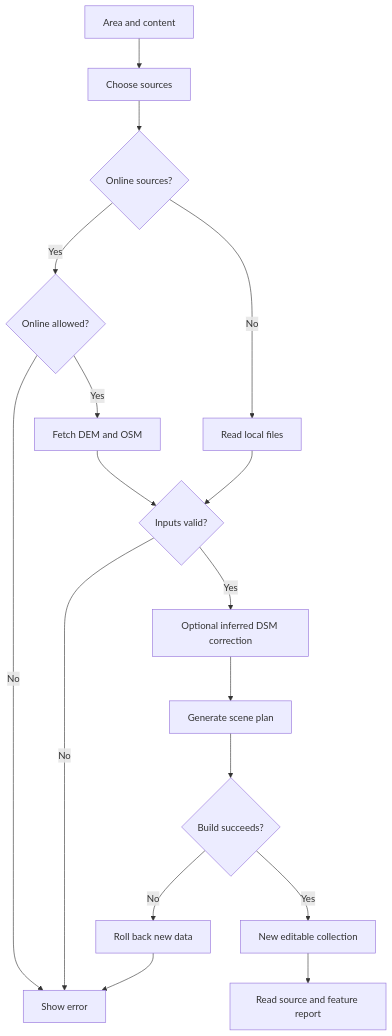
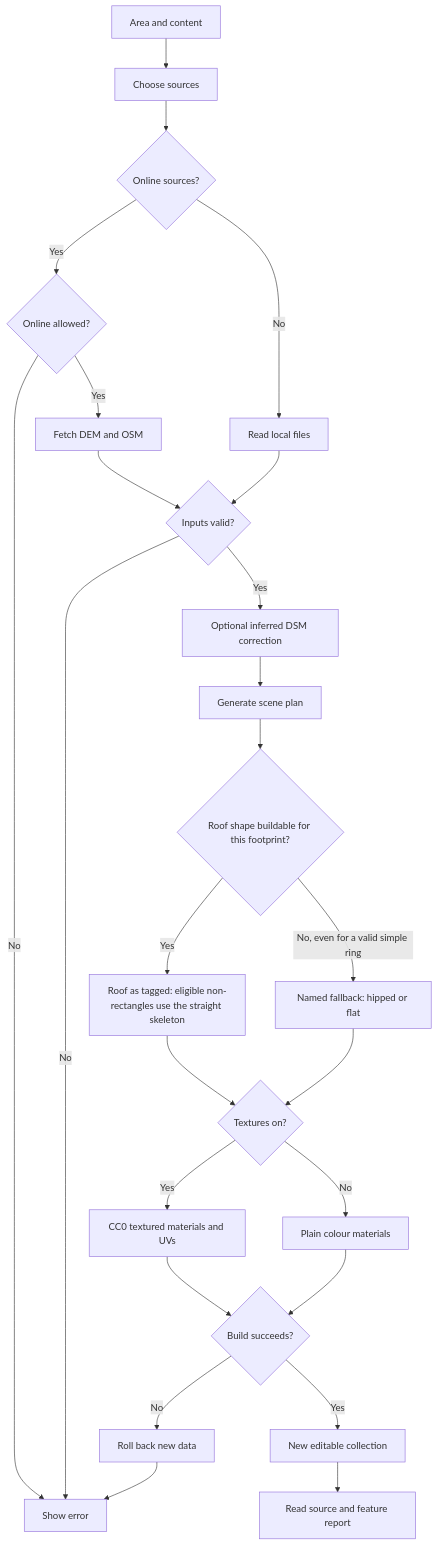
The diagram in docs/flows/generate.md (lingshf/map-builder), drawn with Mermaid before and after one commit. The commit also changed other lines of this file and 50 other files, not shown here.

````diff
--- a/docs/flows/generate.md
+++ b/docs/flows/generate.md
@@ -7,19 +11,27 @@
 ```mermaid
 flowchart TD
   A[Area and content] --> B[Choose sources]
   B --> C{Online sources?}
   C -->|Yes| D{Online allowed?}
   D -->|No| E[Show error]
   D -->|Yes| F[Fetch DEM and OSM]
   C -->|No| G[Read local files]
   F --> H{Inputs valid?}
   G --> H
   H -->|No| E
   H -->|Yes| N[Optional inferred DSM correction]
   N --> I[Generate scene plan]
-  I --> J{Build succeeds?}
+  I --> R{Roof shape buildable for this footprint?}
+  R -->|Yes| S[Roof as tagged: eligible non-rectangles use the straight skeleton]
+  R -->|No, even for a valid simple ring| U[Named fallback: hipped or flat]
+  S --> V{Textures on?}
+  U --> V
+  V -->|Yes| W[CC0 textured materials and UVs]
+  V -->|No| X[Plain colour materials]
+  W --> J{Build succeeds?}
+  X --> J
   J -->|No| K[Roll back new data]
   K --> E
   J -->|Yes| L[New editable collection]
   L --> M[Read source and feature report]
 ```
````
